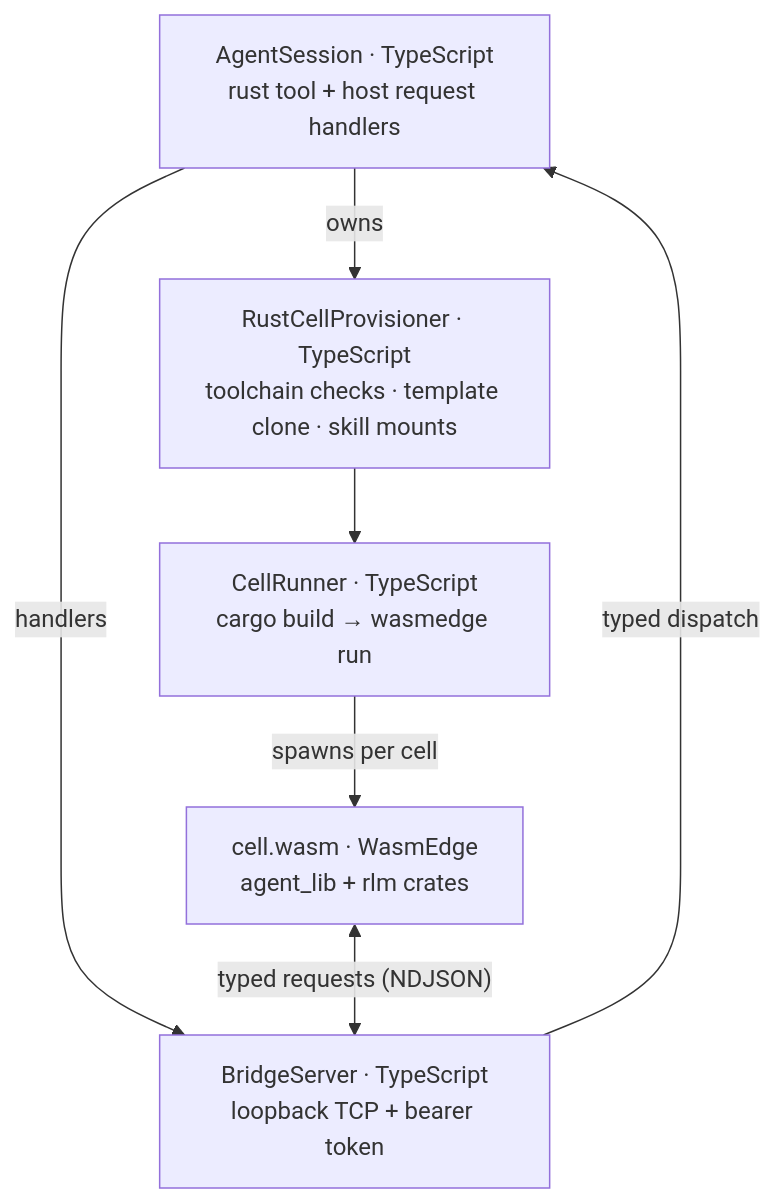
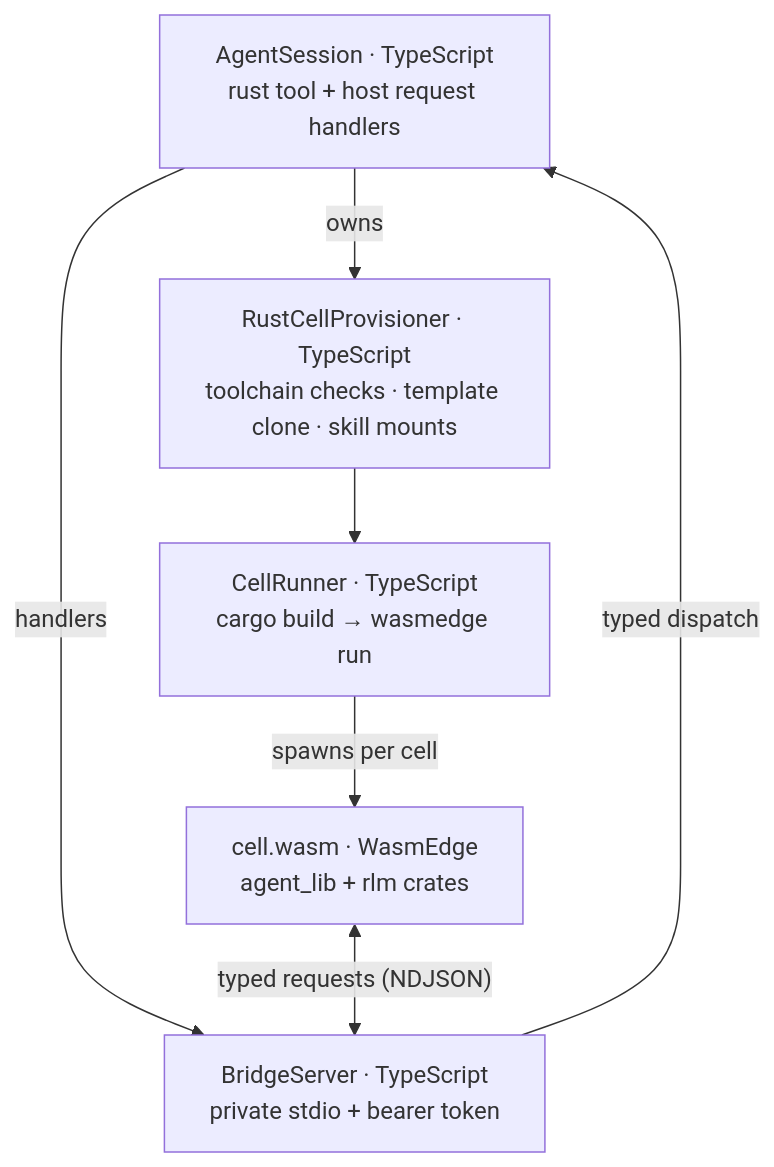
The first of 2 diagrams in packages/coding-agent/docs/rlm-runtime.md (second-state/wasmedge-agent), drawn with Mermaid before and after one commit. The commit also changed other lines of this file and 22 other files, not shown here.

Commit message:
fix(rust-cell): deny guest networking with a stdio bridge

````diff
--- a/packages/coding-agent/docs/rlm-runtime.md
+++ b/packages/coding-agent/docs/rlm-runtime.md
@@ -7,14 +7,14 @@
 ```mermaid
 flowchart TD
     session["AgentSession · TypeScript<br/>rust tool + host request handlers"]
     provisioner["RustCellProvisioner · TypeScript<br/>toolchain checks · template clone · skill mounts"]
     runner["CellRunner · TypeScript<br/>cargo build → wasmedge run"]
-    bridge["BridgeServer · TypeScript<br/>loopback TCP + bearer token"]
+    bridge["BridgeServer · TypeScript<br/>private stdio + bearer token"]
     cell["cell.wasm · WasmEdge<br/>agent_lib + rlm crates"]
 
     session -->|"owns"| provisioner --> runner
     session -->|"handlers"| bridge
     runner -->|"spawns per cell"| cell
     cell <-->|"typed requests (NDJSON)"| bridge
     bridge -->|"typed dispatch"| session
 ```
````
